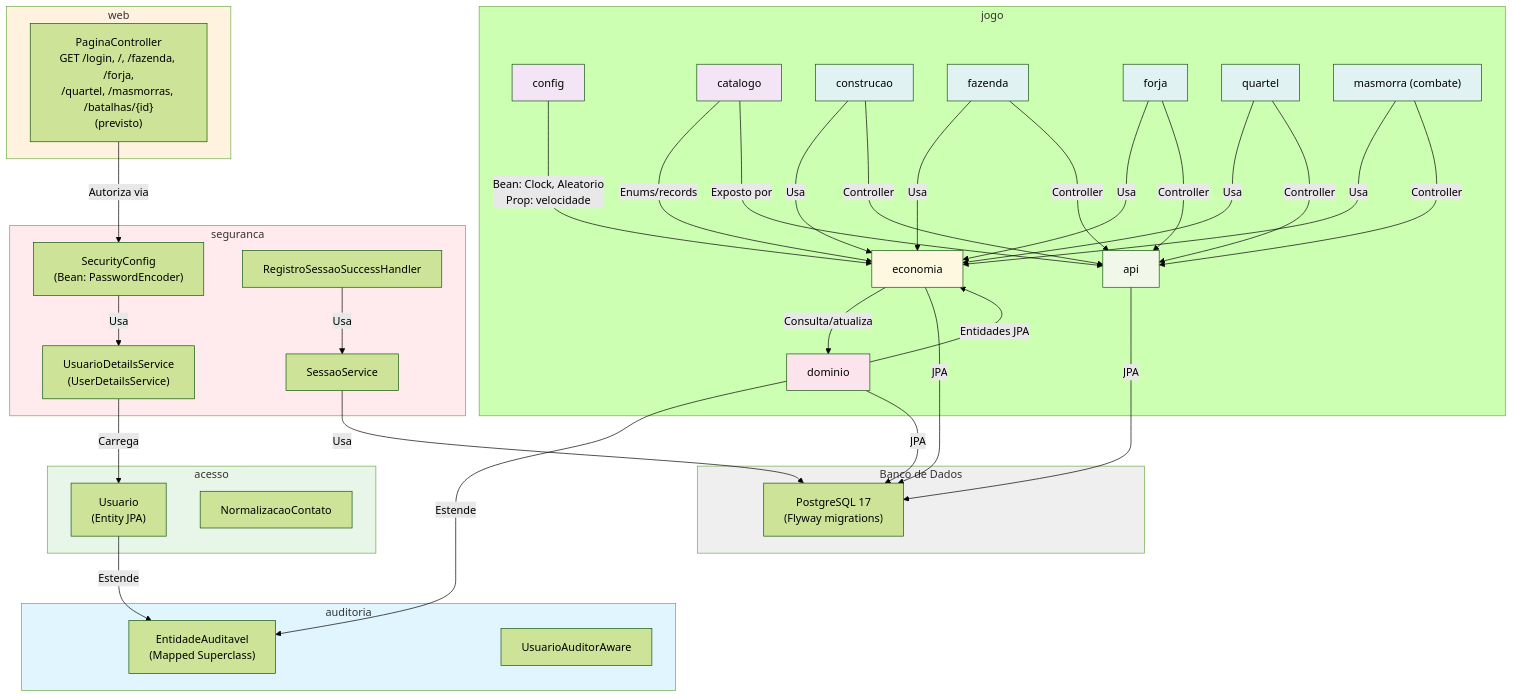
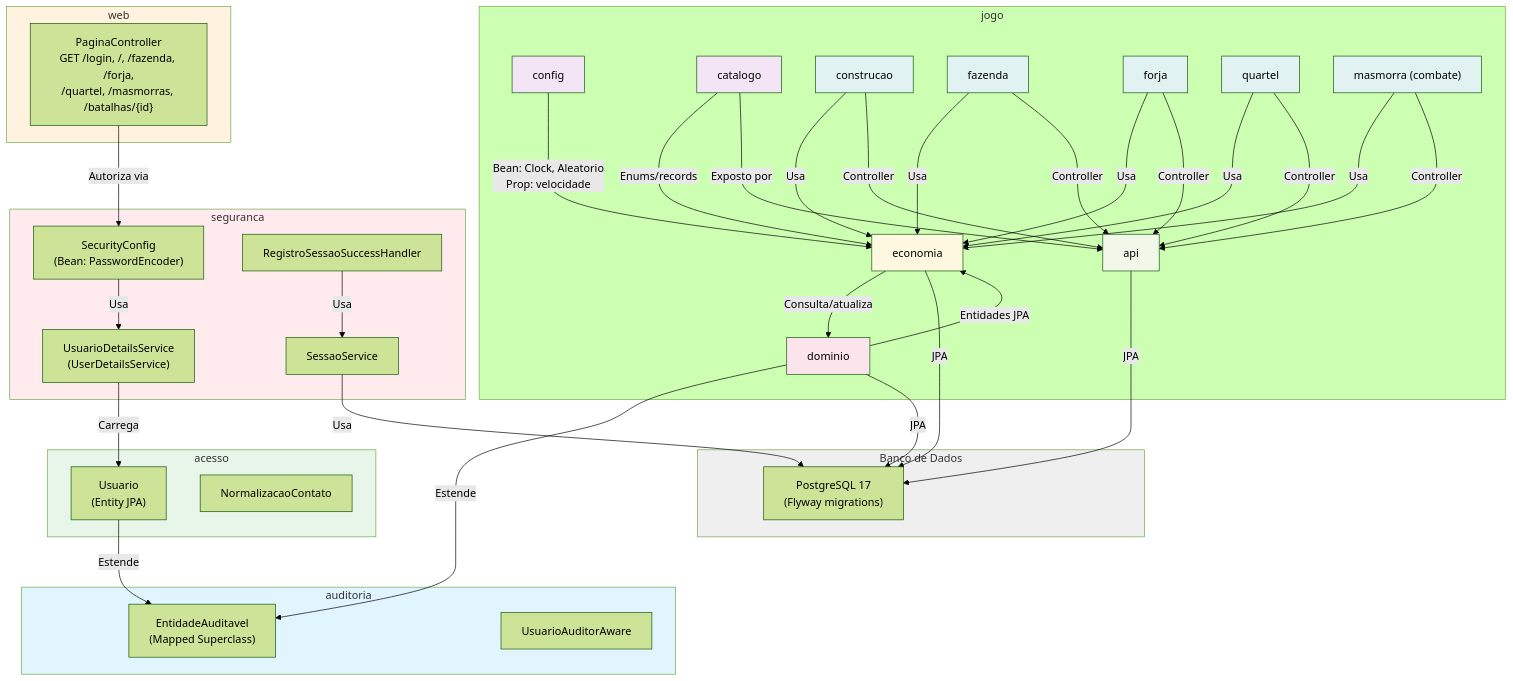
Before and after one commit to adielsantosaraujo/login_base: the fourth of 9 diagrams in docs/04-arquitetura.md, drawn with Mermaid (forest theme). The commit also changed other lines of this file and 33 other files, not shown here.

```diff
--- a/docs/04-arquitetura.md
+++ b/docs/04-arquitetura.md
@@ -230,7 +228,7 @@
     end
     
     subgraph Web["web"]
-        PC["PaginaController<br/>GET /login, /, /fazenda, /forja,<br/>/quartel, /masmorras, /batalhas/{id}<br/>(previsto)"]
+        PC["PaginaController<br/>GET /login, /, /fazenda, /forja,<br/>/quartel, /masmorras, /batalhas/{id}"]
     end
     
     subgraph Jogo["jogo"]
```
